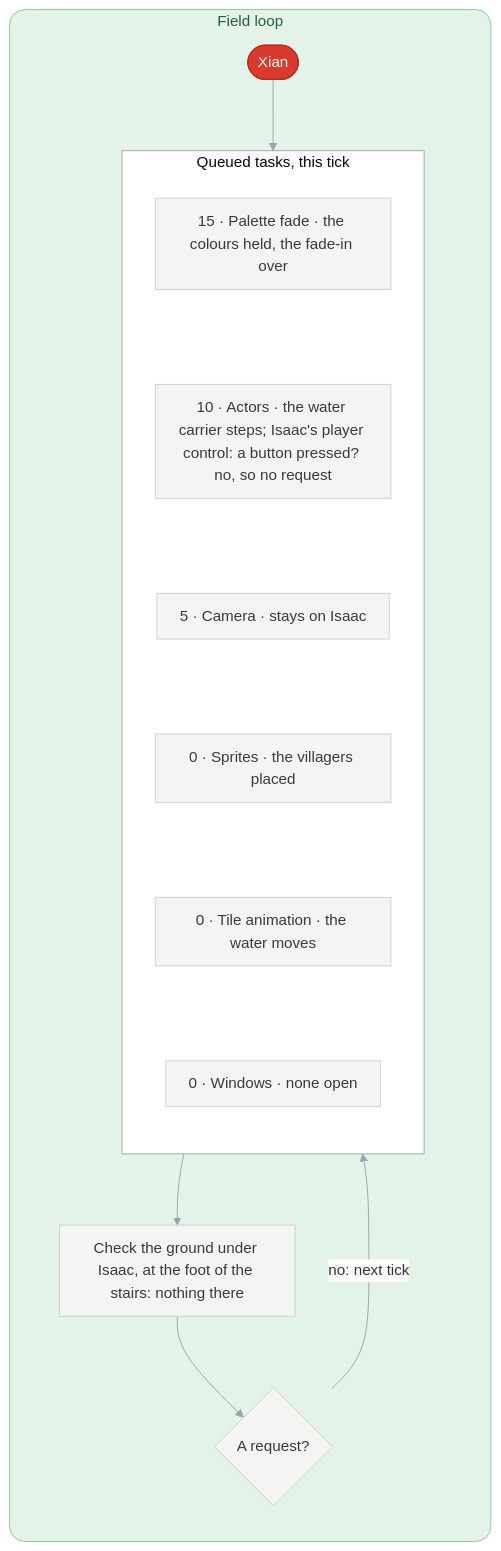
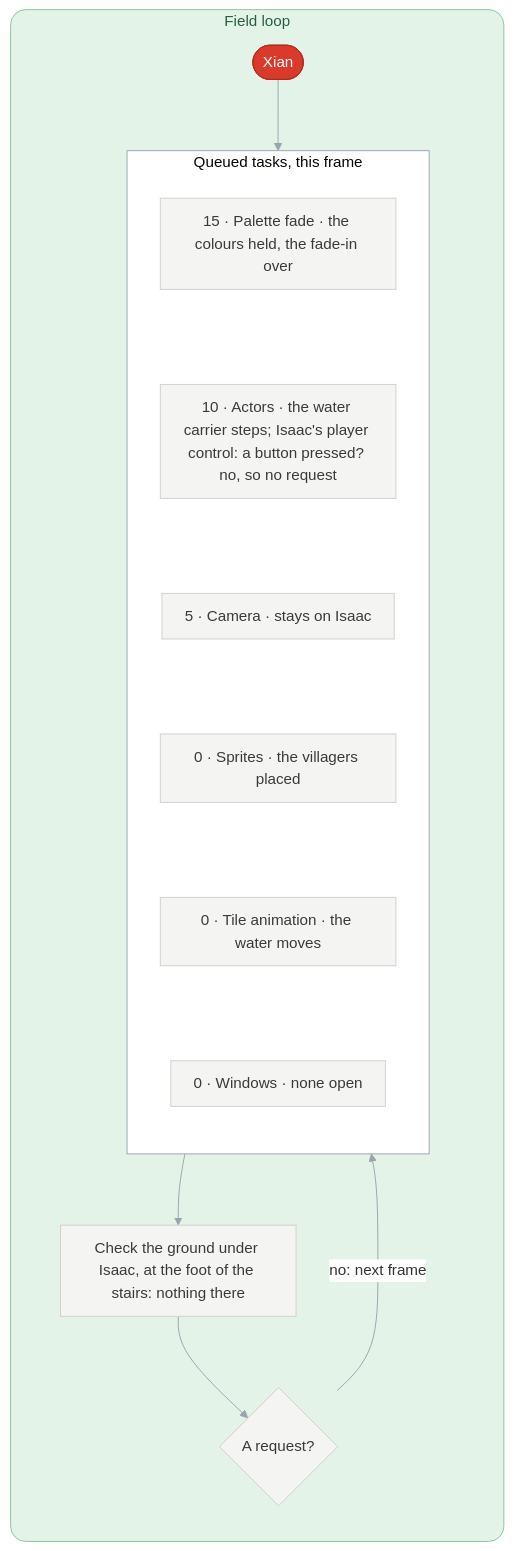
One commit to PascalPixel/alchemy changed the eighth of 9 diagrams in games/tbs/README.md. Above: the diagram before and after it, drawn with Mermaid. The commit also changed other lines of this file and 2356 other files, not shown here.

````diff
--- a/games/tbs/README.md
+++ b/games/tbs/README.md
@@ -355,28 +357,28 @@
 ```mermaid
 %%{init: {"theme": "base", "themeVariables": {"lineColor": "#9AA3AE", "edgeLabelBackground": "#FFFFFF"}, "flowchart": {"curve": "basis", "padding": 12}}}%%
 flowchart TD
   subgraph mgr ["Field loop"]
     direction TB
     xian(["Xian"]) --> queue
-    subgraph queue ["Queued tasks, this tick"]
+    subgraph queue ["Queued tasks, this frame"]
       direction TB
       t1["15 · Palette fade · the colours held, the fade-in over"] ~~~ t2["10 · Actors · the water carrier steps; Isaac's player control: a button pressed? no, so no request"]
       t2 ~~~ t3["5 · Camera · stays on Isaac"] ~~~ t4["0 · Sprites · the villagers placed"]
       t4 ~~~ t5["0 · Tile animation · the water moves"] ~~~ t6["0 · Windows · none open"]
     end
     queue --> ground["Check the ground under Isaac, at the foot of the stairs: nothing there"]
     ground --> check{"A request?"}
-    check -->|"no: next tick"| queue
+    check -->|"no: next frame"| queue
   end
   classDef monitor fill:#DDE3EC,stroke:#8FA0B8,color:#2E3C50
   classDef sceneProgram fill:#D2EEF3,stroke:#7FC3D0,color:#1E5966
   classDef battle fill:#F6D5D2,stroke:#D9928B,color:#8A2A22
   classDef sceneManager fill:#D3EBD9,stroke:#8DC49E,color:#25603A
   classDef request fill:#FBE7C6,stroke:#E0B46A,color:#7A5212
   classDef place fill:#D93A2B,stroke:#B02A1D,color:#FFFFFF
   classDef step fill:#F4F4F2,stroke:#CFCFCB,color:#3A3A38
   class xian place
   class t1,t2,t3,t4,t5,t6,ground,check step
   style mgr fill:#E4F3E8,stroke:#8DC49E,color:#25603A,rx:16,ry:16
   style queue fill:#FFFFFF,stroke:#9AA3AE
 ```
````
